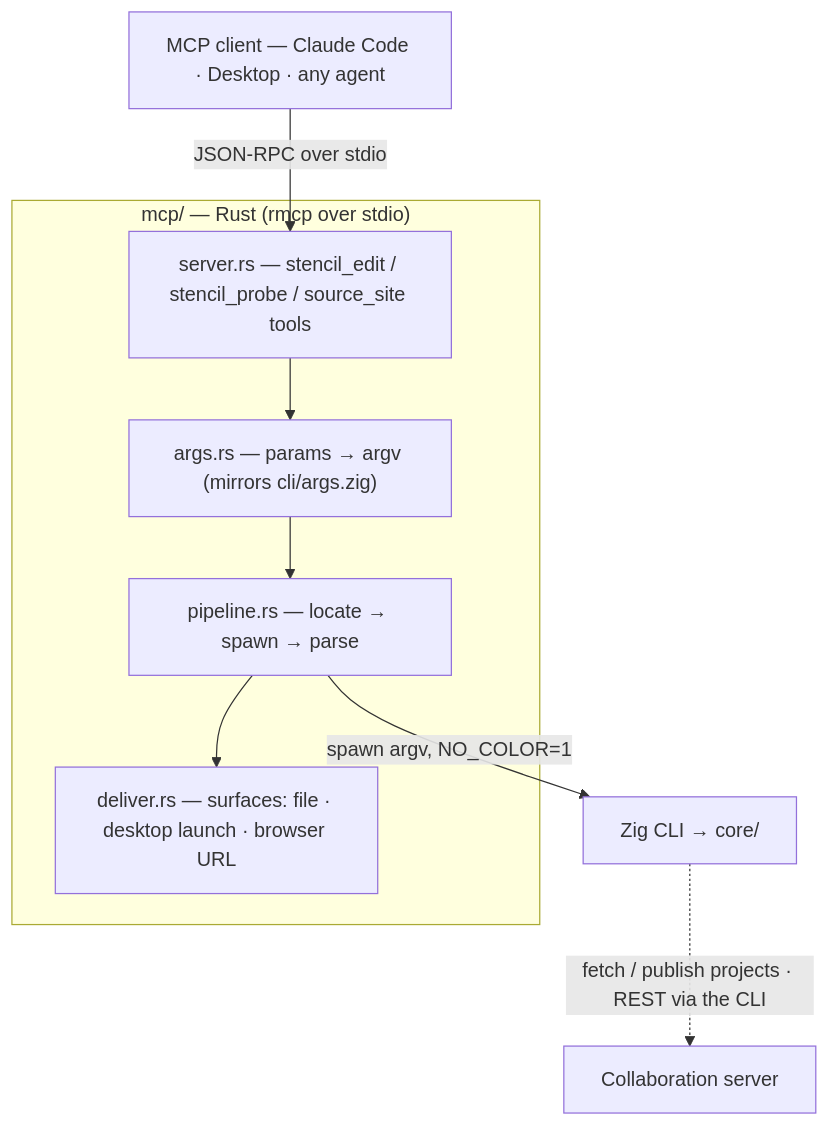
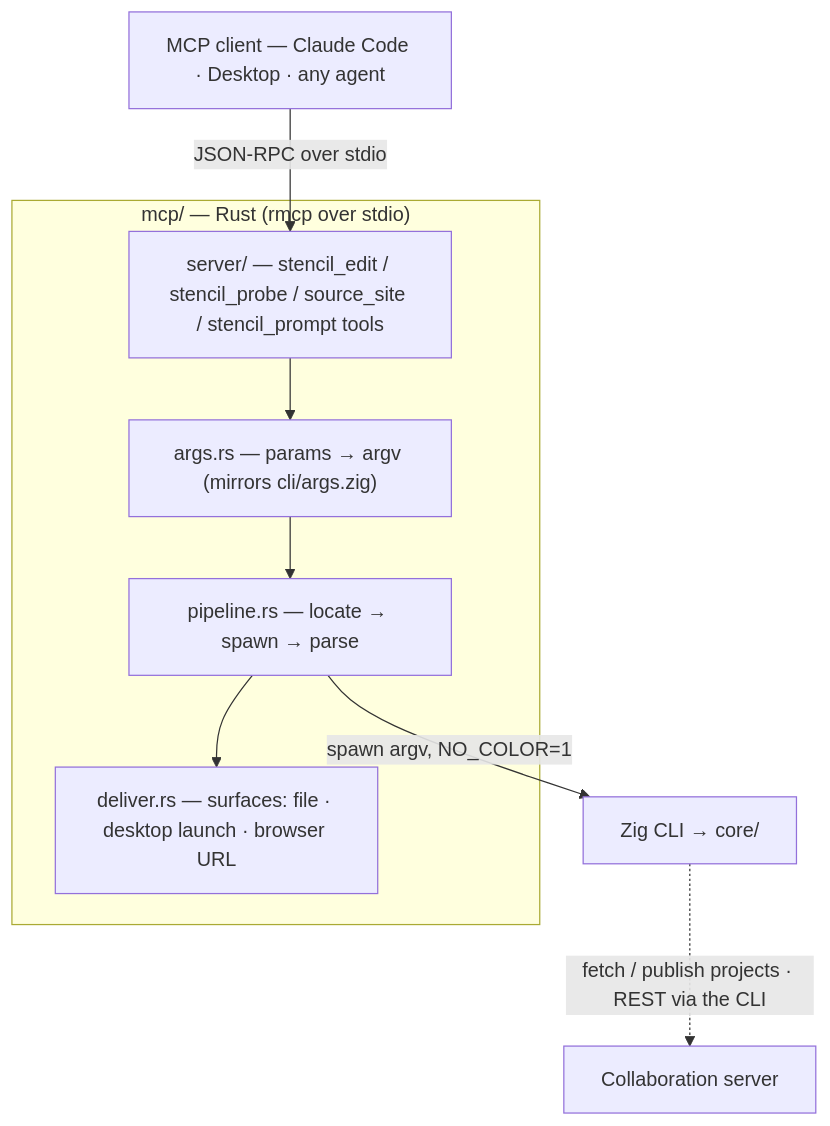
The first of 2 diagrams in mcp/README.md (andrew1407/stencil), drawn with Mermaid before and after one commit. The commit also changed other lines of this file and 10 other files, not shown here.

````diff
--- a/mcp/README.md
+++ b/mcp/README.md
@@ -31,19 +31,19 @@
 ```mermaid
 graph TD
     CLIENT["MCP client — Claude Code · Desktop · any agent"]
     subgraph MCP["mcp/ — Rust (rmcp over stdio)"]
-      SERVER["server.rs — stencil_edit / stencil_probe / source_site tools"]
+      SERVER["server/ — stencil_edit / stencil_probe / source_site / stencil_prompt tools"]
       ARGS["args.rs — params → argv (mirrors cli/args.zig)"]
       PIPE["pipeline.rs — locate → spawn → parse"]
       DEL["deliver.rs — surfaces: file · desktop launch · browser URL"]
     end
     CLI["Zig CLI → core/"]
     SRV["Collaboration server"]
 
     CLIENT -->|"JSON-RPC over stdio"| SERVER
     SERVER --> ARGS
     ARGS --> PIPE
     PIPE -->|"spawn argv, NO_COLOR=1"| CLI
     CLI -.->|"fetch / publish projects · REST via the CLI"| SRV
     PIPE --> DEL
 ```
````
